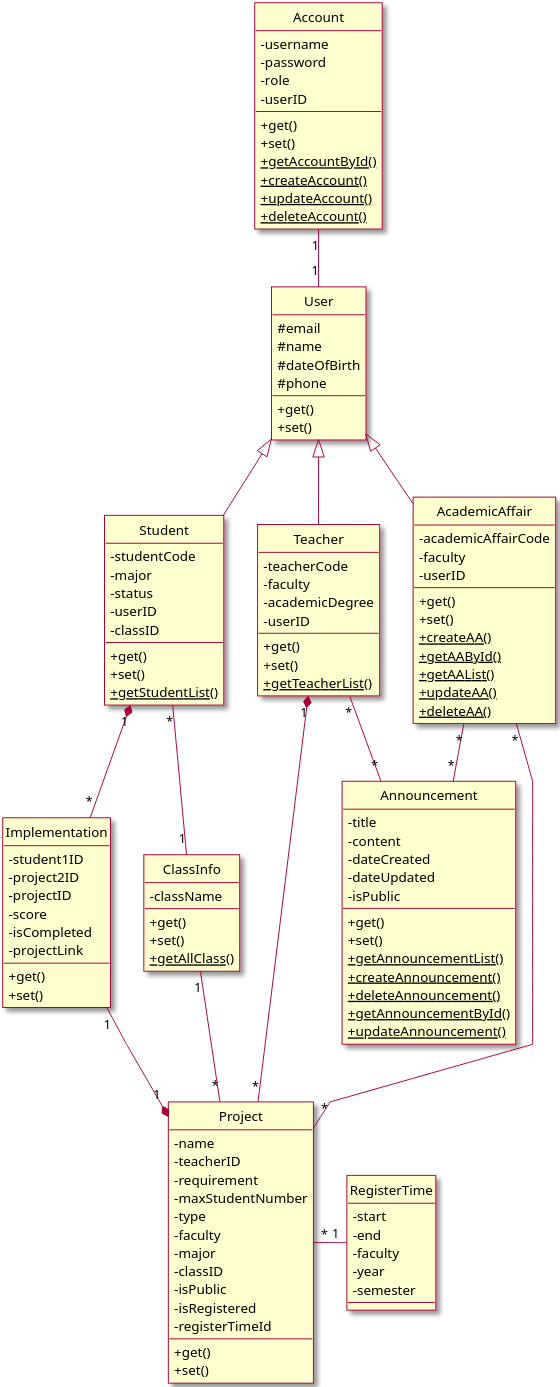
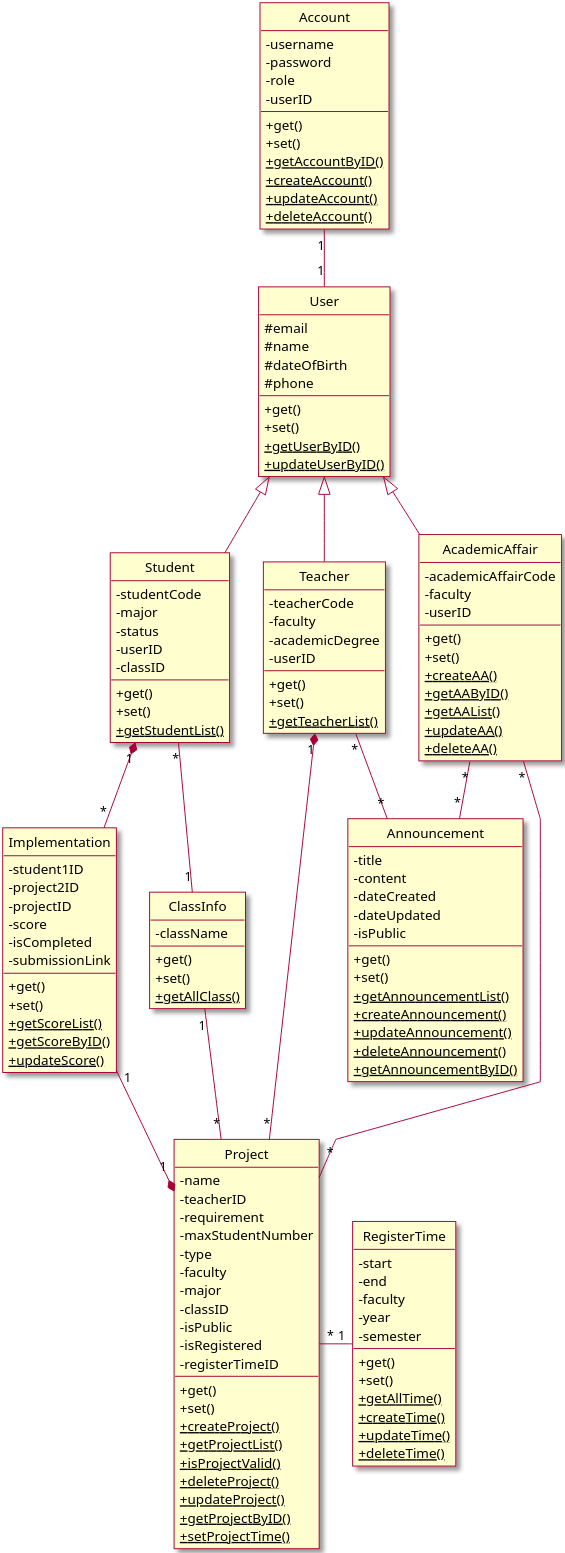
The diagram in Class Diagram/Class.puml (Marowota/SE100-plantuml), drawn with PlantUML before and after one commit.

Commit message:
update class

```diff
--- a/Class Diagram/Class.puml
+++ b/Class Diagram/Class.puml
@@ -1,147 +1,165 @@
-@startuml Class Diagram
-
+@startuml ClassDiagram
 skin rose
 skinparam classAttributeIconSize 0
 ' skinparam linetype ortho
 skinparam linetype polyline
 hide circle
 scale 3
 
 class Account {
     - username
     - password
     - role
     - userID
 
     + get()
     + set()
-    + {static} getAccountById()
+    + {static} getAccountByID()
     + {static} createAccount()
     + {static} updateAccount()
     + {static} deleteAccount()
 }
 
 class User {
     # email
     # name
     # dateOfBirth
     # phone
 
     + get()
     + set()
+    + {static} getUserByID()
+    + {static} updateUserByID()
 }
 
 class AcademicAffair {
     - academicAffairCode
     - faculty
     - userID
 
     + get()
     + set()
     + {static} createAA()
-    + {static} getAAById()
+    + {static} getAAByID()
     + {static} getAAList()
     + {static} updateAA()
     + {static} deleteAA()
 
 }
 
 class Student {
     - studentCode
     - major
     - status
     - userID
     - classID
 
     + get()
     + set()
     + {static} getStudentList()
     
 }
 
 class Teacher {
     - teacherCode
     - faculty
     - academicDegree
     - userID
 
     + get()
     + set()
     + {static} getTeacherList()
 }
 
 class ClassInfo {
     - className
 
     +get()
     +set()
     + {static} getAllClass()
 }
 
 class Announcement {
     - title
     - content
     - dateCreated
     - dateUpdated
     - isPublic
 
     + get()
     + set()
     + {static} getAnnouncementList()
     + {static} createAnnouncement()
+    + {static} updateAnnouncement()
     + {static} deleteAnnouncement()
-    + {static} getAnnouncementById()
-    + {static} updateAnnouncement()
+    + {static} getAnnouncementByID()
 }
 
 class Project {
     - name
     - teacherID
     - requirement
     - maxStudentNumber
     - type
     - faculty
     - major
     - classID
     - isPublic
     - isRegistered
-    - registerTimeId
+    - registerTimeID
 
     + get()
     + set()
+    + {static} createProject()
+    + {static} getProjectList()
+    + {static} isProjectValid()
+    + {static} deleteProject()
+    + {static} updateProject()
+    + {static} getProjectByID()
+    + {static} setProjectTime()
 }
 
 class Implementation {
     - student1ID
     - project2ID
     - projectID
     - score
     - isCompleted
-    - projectLink
+    - submissionLink
 
     + get()
     + set()
+    + {static}  getScoreList()
+    + {static}  getScoreByID()
+    + {static}  updateScore()
 }
 
 class RegisterTime {
     - start
     - end
     - faculty
     - year
     - semester
+
+    + get()
+    + set()
+    + {static} getAllTime()
+    + {static} createTime()
+    + {static} updateTime()
+    + {static} deleteTime()
 }
 
 Account "1" -down- "1" User
 User <|-down- Student
 User <|-- Teacher
 User <|-- AcademicAffair
 Student "1" *-down- "*" Implementation
 Student "*" -down- "1" ClassInfo
 Implementation "1" -down-* "1" Project
 ClassInfo "1" -down- "*" Project
 Teacher "1" *-down- "*" Project
 Project "*" -right- "1" RegisterTime
 AcademicAffair "*" -down- "*" Announcement
 AcademicAffair "*" -- "*" Project
 Teacher "*" -- "*" Announcement
 @enduml
```
